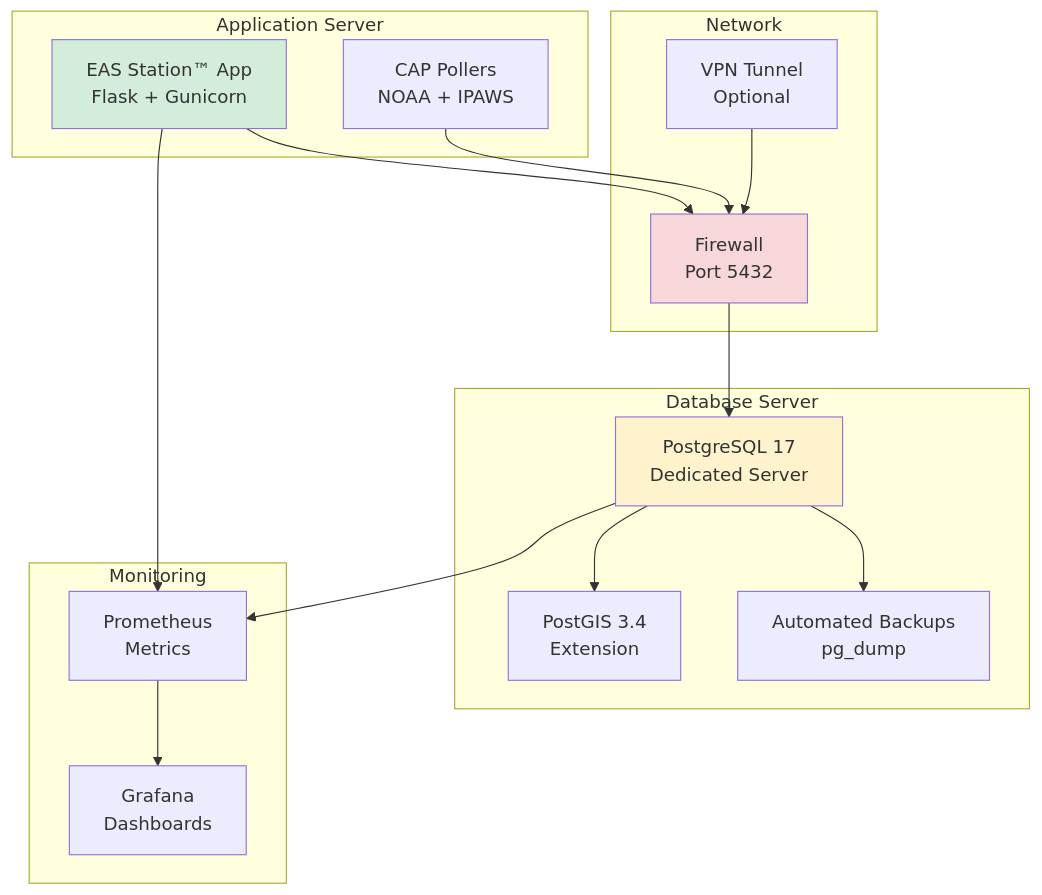
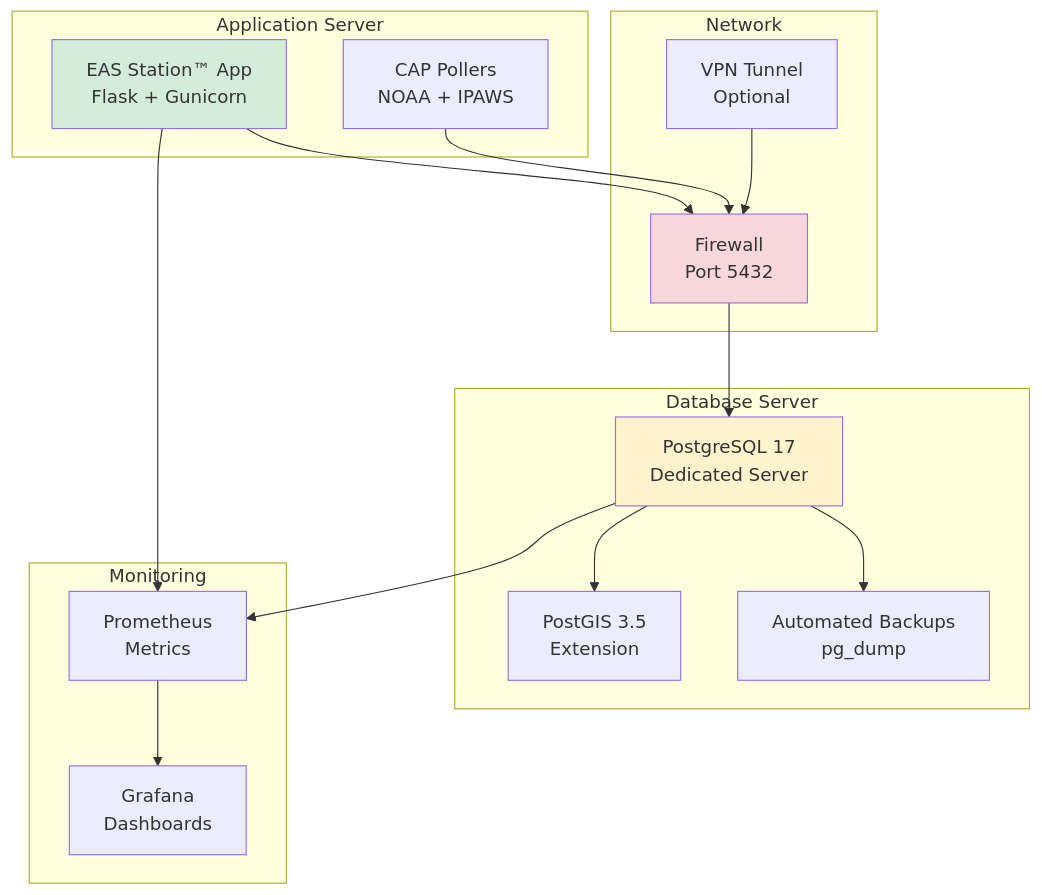
One commit to KR8MER/eas-station changed diagram 21 of 21 in docs/architecture/SYSTEM_ARCHITECTURE.md. Above: the diagram before and after it, drawn with Mermaid. The commit also changed other lines of this file and 6 other files, not shown here.

````diff
--- a/docs/architecture/SYSTEM_ARCHITECTURE.md
+++ b/docs/architecture/SYSTEM_ARCHITECTURE.md
@@ -1083,39 +1083,39 @@
 ```mermaid
 graph TB
     subgraph "Application Server"
         APP[EAS Station™ App<br>Flask + Gunicorn]
         POLL[CAP Pollers<br>NOAA + IPAWS]
     end
 
     subgraph "Database Server"
         PG[PostgreSQL 17<br>Dedicated Server]
-        PGIS[PostGIS 3.4<br>Extension]
+        PGIS[PostGIS 3.5<br>Extension]
         BACKUP[Automated Backups<br>pg_dump]
     end
 
     subgraph "Network"
         FW[Firewall<br>Port 5432]
         VPN[VPN Tunnel<br>Optional]
     end
 
     subgraph "Monitoring"
         PROM[Prometheus<br>Metrics]
         GRAF[Grafana<br>Dashboards]
     end
 
     APP --> FW
     POLL --> FW
     FW --> PG
     PG --> PGIS
     PG --> BACKUP
 
     VPN --> FW
 
     APP --> PROM
     PG --> PROM
     PROM --> GRAF
 
     style APP fill:#d4edda
     style PG fill:#fff3cd
     style FW fill:#f8d7da
 ```
````
